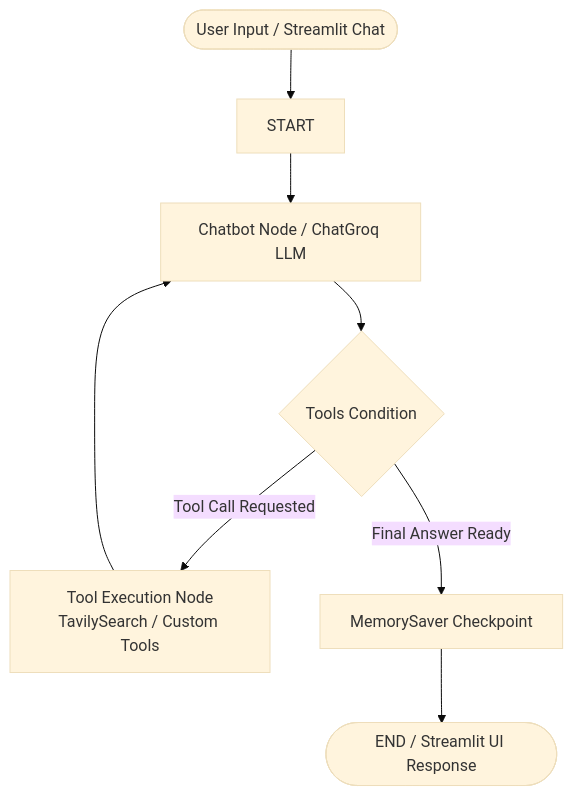
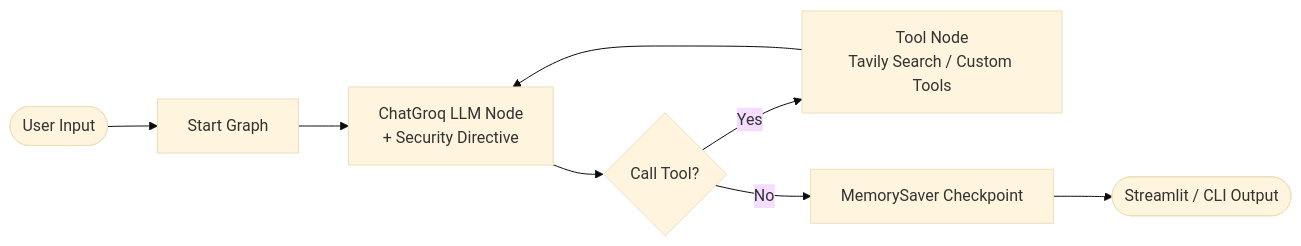
The diagram in README.md (HarishThupati63/Agentic-AI-Based-Chatbot-Development), drawn with Mermaid (base theme) before and after one commit. The commit also changed other lines of this file, not shown here.

````diff
--- a/README.md
+++ b/README.md
@@ -30,10 +55,10 @@
 ```mermaid
-flowchart TD
-    A([User Input / Streamlit Chat]) --> B[START]
-    B --> C[Chatbot Node / ChatGroq LLM]
-    C --> D{Tools Condition}
-    D -- Tool Call Requested --> E[Tool Execution Node\nTavilySearch / Custom Tools]
-    E --> C
-    D -- Final Answer Ready --> F[MemorySaver Checkpoint]
-    F --> G([END / Streamlit UI Response])
+flowchart LR
+    User([User Input]) --> START[Start Graph]
+    START --> LLM[ChatGroq LLM Node\n+ Security Directive]
+    LLM --> Cond{Call Tool?}
+    Cond -- Yes --> Tool[Tool Node\nTavily Search / Custom Tools]
+    Tool --> LLM
+    Cond -- No --> Memory[MemorySaver Checkpoint]
+    Memory --> Output([Streamlit / CLI Output])
 ```
````
